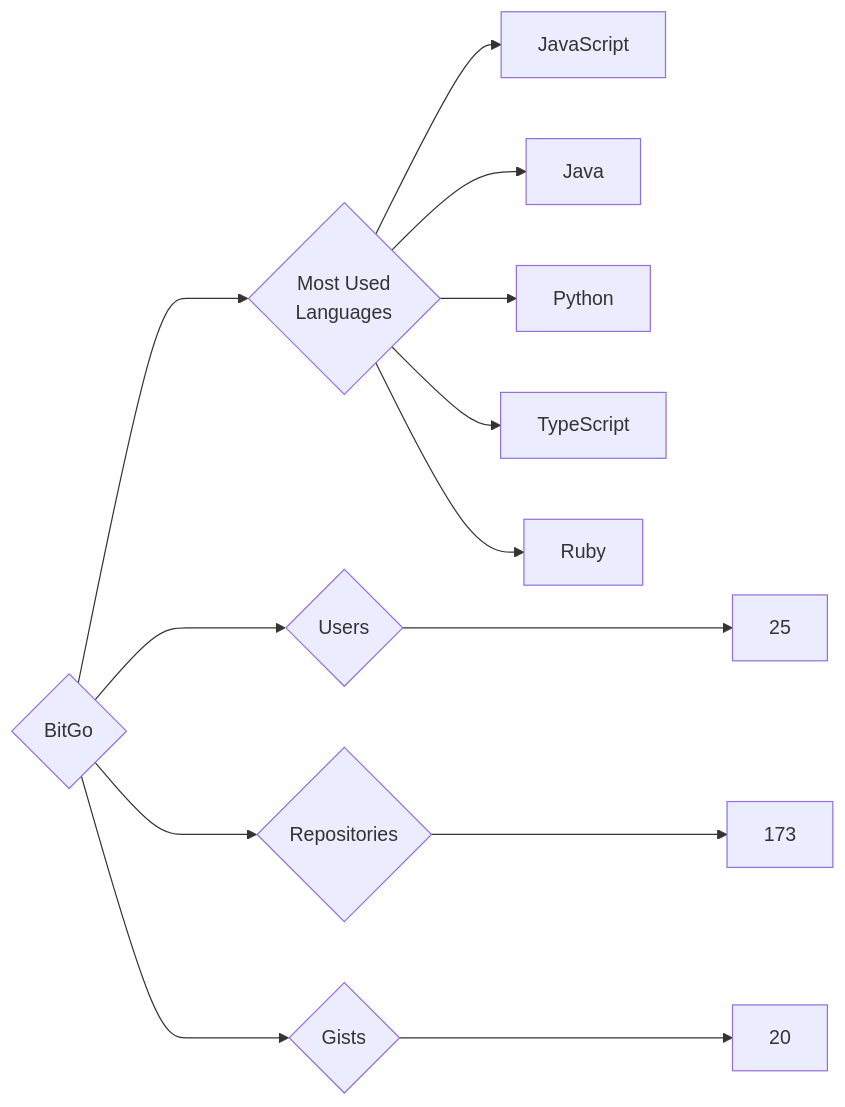
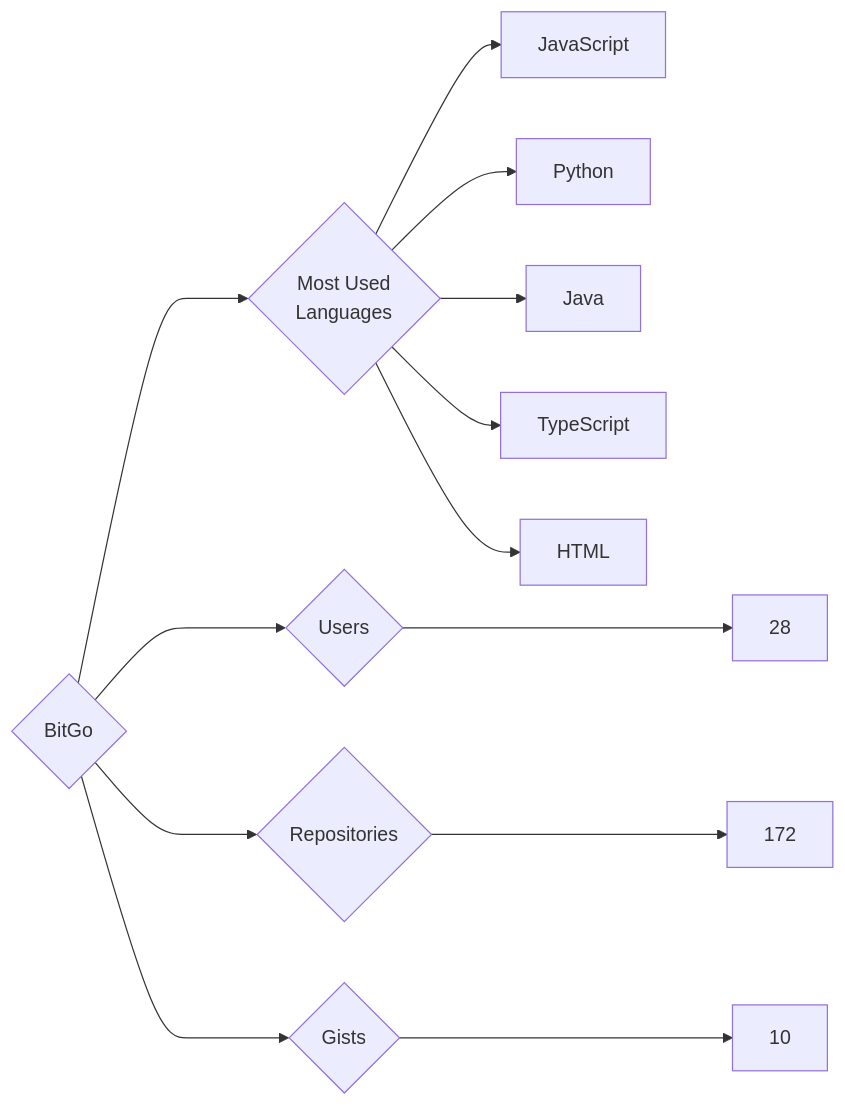
One commit to trickest/insiders changed the diagram in targets/BitGo/README.md. Above: the diagram before and after it, drawn with Mermaid. The commit also changed 932 other files, not shown here.

````diff
--- a/targets/BitGo/README.md
+++ b/targets/BitGo/README.md
@@ -3,13 +3,13 @@
 ```mermaid
 graph LR
 COMPANY_NAME{BitGo}
-COMPANY_NAME ---> U{Users} ---> UN[25]
-COMPANY_NAME ---> R{Repositories} ---> RN[173]
-COMPANY_NAME ---> G{Gists} ---> GN[20]
+COMPANY_NAME ---> U{Users} ---> UN[28]
+COMPANY_NAME ---> R{Repositories} ---> RN[172]
+COMPANY_NAME ---> G{Gists} ---> GN[10]
 COMPANY_NAME ---> ML{Most Used<br>Languages}
 ML --> JavaScript[JavaScript]
+ML --> Python[Python]
 ML --> Java[Java]
-ML --> Python[Python]
 ML --> TypeScript[TypeScript]
-ML --> Ruby[Ruby]
+ML --> HTML[HTML]
 ```
````
